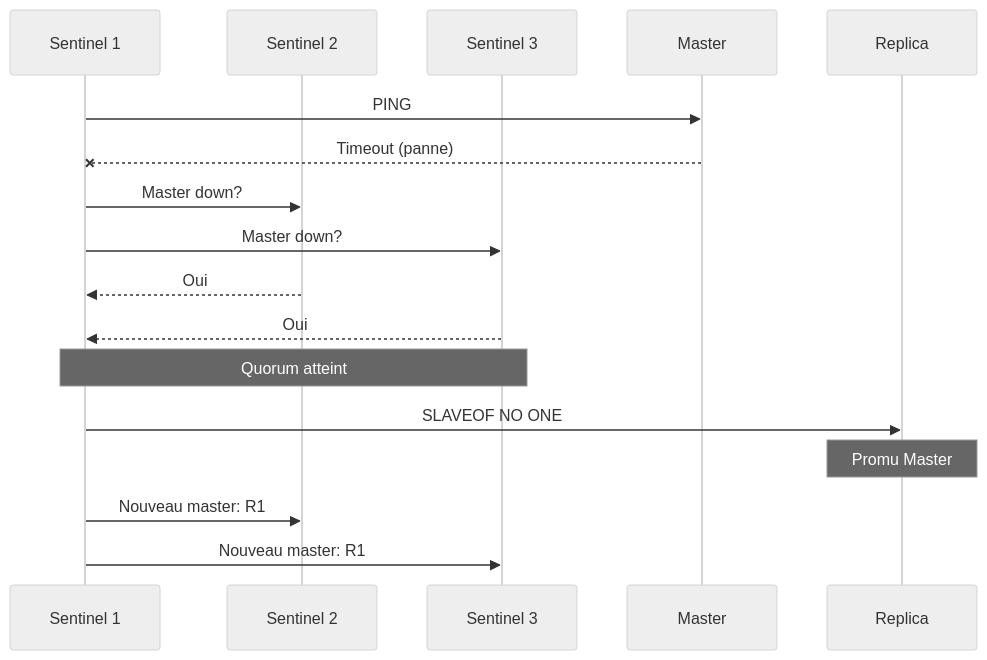
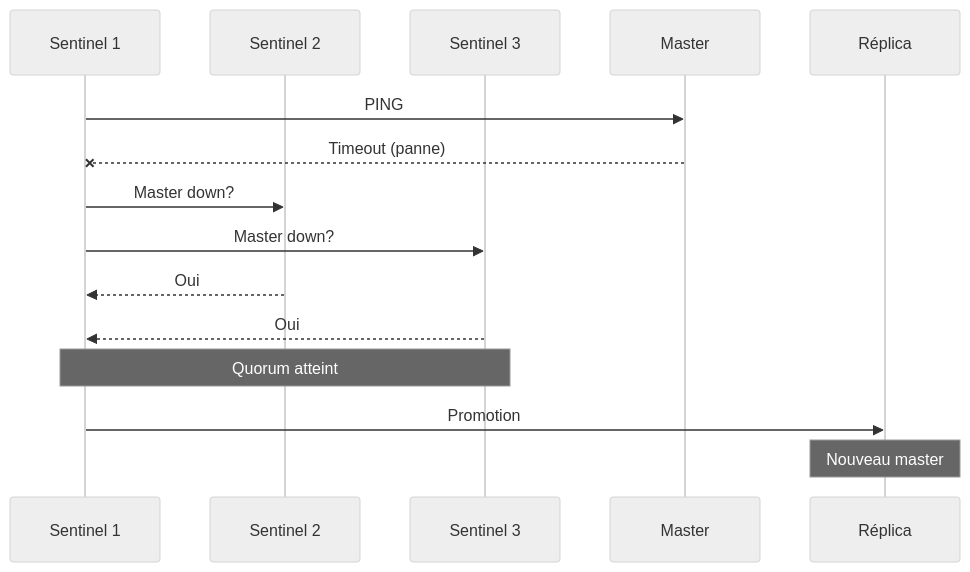
One commit to HidoraSwiss/hikube-public-doc changed the second of 2 diagrams in docs/services/databases/redis/concepts.md. Above: the diagram before and after it, drawn with Mermaid (neutral theme). The commit also changed other lines of this file and 59 other files, not shown here.

````diff
--- a/docs/services/databases/redis/concepts.md
+++ b/docs/services/databases/redis/concepts.md
@@ -86,20 +64,18 @@
 ```mermaid
 sequenceDiagram
     participant S1 as Sentinel 1
     participant S2 as Sentinel 2
     participant S3 as Sentinel 3
     participant M as Master
-    participant R1 as Replica
+    participant R1 as Réplica
 
     S1->>M: PING
     M--xS1: Timeout (panne)
     S1->>S2: Master down?
     S1->>S3: Master down?
     S2-->>S1: Oui
     S3-->>S1: Oui
     Note over S1,S3: Quorum atteint
-    S1->>R1: SLAVEOF NO ONE
-    Note over R1: Promu Master
-    S1->>S2: Nouveau master: R1
-    S1->>S3: Nouveau master: R1
+    S1->>R1: Promotion
+    Note over R1: Nouveau master
 ```
````
